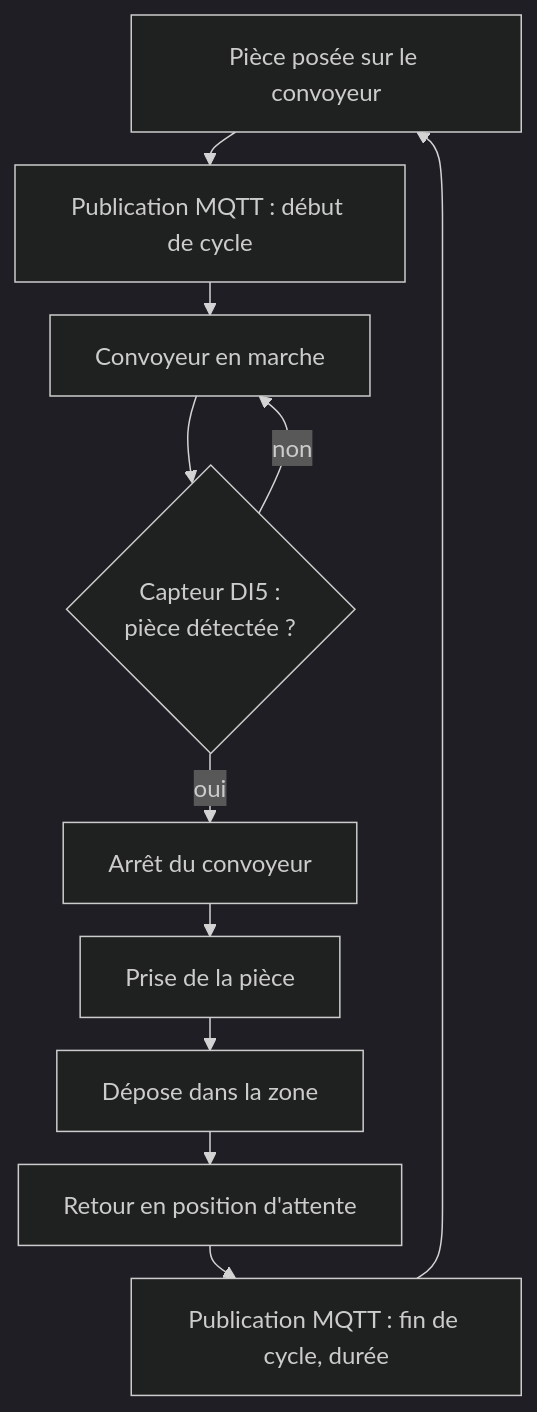
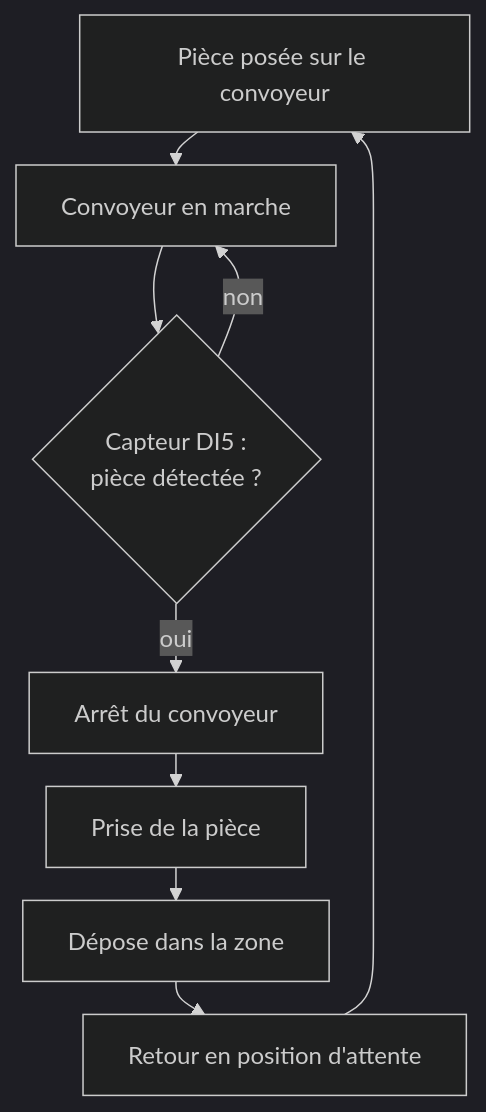
One commit to fabrice1618/niryo2 changed the second of 6 diagrams in README.md. Above: the diagram before and after it, drawn with Mermaid (dark theme). The commit also changed other lines of this file and 3 other files, not shown here.

First line of the commit message:
README progressif et schéma d'architecture complété

````diff
--- a/README.md
+++ b/README.md
@@ -85,14 +29,12 @@
 ```mermaid
 %%{init: {"flowchart": {"rankSpacing": 22, "nodeSpacing": 30}}}%%
 flowchart TD
-    A["Pièce posée sur le convoyeur"] --> B["Publication MQTT : début de cycle"]
-    B --> C["Convoyeur en marche"]
+    A["Pièce posée sur le convoyeur"] --> C["Convoyeur en marche"]
     C --> D{"Capteur DI5 :<br/>pièce détectée ?"}
     D -- non --> C
     D -- oui --> E["Arrêt du convoyeur"]
     E --> F["Prise de la pièce"]
     F --> G["Dépose dans la zone"]
     G --> H["Retour en position d'attente"]
-    H --> I["Publication MQTT : fin de cycle, durée"]
-    I --> A
+    H --> A
 ```
````
